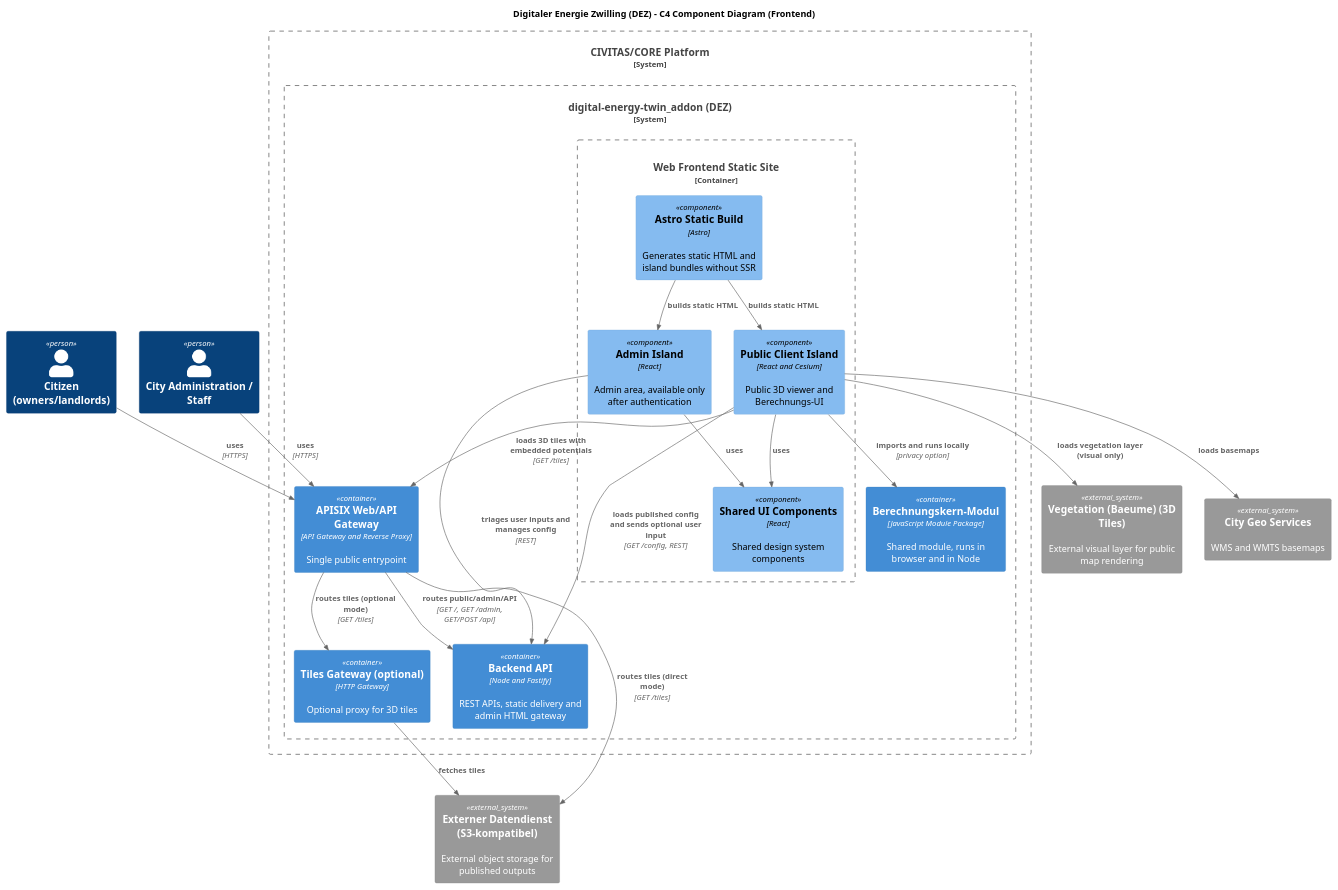
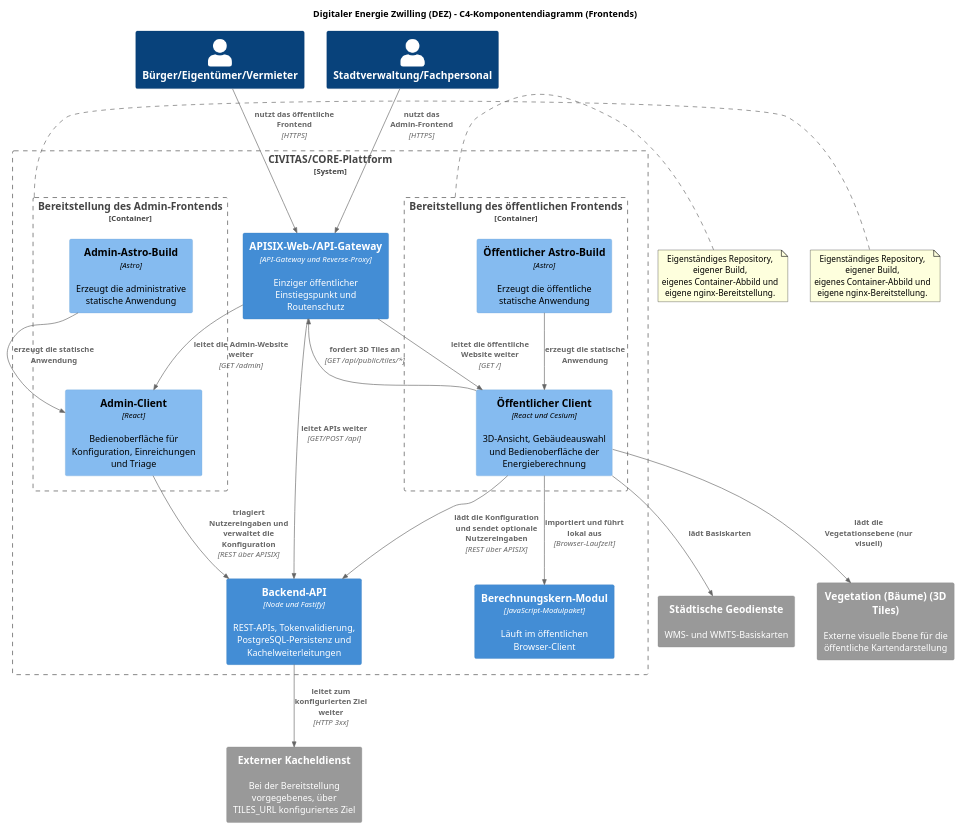
Before and after one commit to csi-FOXBYTE/Regensburg_DigitalerEnergieZwilling_Backend: the diagram in docs/architecture/raw/c4-components.puml, drawn with PlantUML. The commit also changed 61 other files, not shown here.

Commit message:
docs: update roadmap, update internal references

```diff
--- a/docs/architecture/raw/c4-components.puml
+++ b/docs/architecture/raw/c4-components.puml
@@ -1,51 +1,58 @@
 @startuml
 !includeurl https://raw.githubusercontent.com/plantuml-stdlib/C4-PlantUML/master/C4_Component.puml
+HIDE_STEREOTYPE()
 
-title Digitaler Energie Zwilling (DEZ) - C4 Component Diagram (Frontend)
+title Digitaler Energie Zwilling (DEZ) - C4-Komponentendiagramm (Frontends)
 
-Person(citizen, "Citizen (owners/landlords)")
-Person(admin, "City Administration / Staff")
+Person(citizen, "Bürger/Eigentümer/Vermieter")
+Person(admin, "Stadtverwaltung/Fachpersonal")
 
-System_Boundary(civitas, "CIVITAS/CORE Platform") {
-  System_Boundary(detAddon, "digital-energy-twin_addon (DEZ)") {
-    Container(gateway, "APISIX Web/API Gateway", "API Gateway and Reverse Proxy", "Single public entrypoint")
+System_Boundary(civitas, "CIVITAS/CORE-Plattform") {
+  Container(gateway, "APISIX-Web-/API-Gateway", "API-Gateway und Reverse-Proxy", "Einziger öffentlicher Einstiegspunkt und Routenschutz")
 
-    Container_Boundary(frontend, "Web Frontend Static Site", "Astro SSG") {
-      Component(astroSSG, "Astro Static Build", "Astro", "Generates static HTML and island bundles without SSR")
-      Component(publicIsland, "Public Client Island", "React and Cesium", "Public 3D viewer and Berechnungs-UI")
-      Component(adminIsland, "Admin Island", "React", "Admin area, available only after authentication")
-      Component(sharedUI, "Shared UI Components", "React", "Shared design system components")
-    }
+  Container_Boundary(frontendPublic, "Bereitstellung des öffentlichen Frontends", "Separates Repository mit Astro SSG + nginx") {
+    Component(publicBuild, "Öffentlicher Astro-Build", "Astro", "Erzeugt die öffentliche statische Anwendung")
+    Component(publicClient, "Öffentlicher Client", "React und Cesium", "3D-Ansicht, Gebäudeauswahl und Bedienoberfläche der Energieberechnung")
+  }
 
-    Container(backendApi, "Backend API", "Node and Fastify", "REST APIs, static delivery and admin HTML gateway")
-    Container(calcCore, "Berechnungskern-Modul", "JavaScript Module Package", "Shared module, runs in browser and in Node")
-    Container(tilesGateway, "Tiles Gateway (optional)", "HTTP Gateway", "Optional proxy for 3D tiles")
+  Container_Boundary(frontendAdmin, "Bereitstellung des Admin-Frontends", "Separates Repository mit Astro SSG + nginx") {
+    Component(adminBuild, "Admin-Astro-Build", "Astro", "Erzeugt die administrative statische Anwendung")
+    Component(adminClient, "Admin-Client", "React", "Bedienoberfläche für Konfiguration, Einreichungen und Triage")
   }
+
+  Container(backendApi, "Backend-API", "Node und Fastify", "REST-APIs, Tokenvalidierung, PostgreSQL-Persistenz und Kachelweiterleitungen")
+  Container(calcCore, "Berechnungskern-Modul", "JavaScript-Modulpaket", "Läuft im öffentlichen Browser-Client")
 }
 
-System_Ext(geo, "City Geo Services", "WMS and WMTS basemaps")
-System_Ext(staticTiles, "Externer Datendienst (S3-kompatibel)", "External object storage for published outputs")
-System_Ext(vegetation, "Vegetation (Baeume) (3D Tiles)", "External visual layer for public map rendering")
+System_Ext(geo, "Städtische Geodienste", "WMS- und WMTS-Basiskarten")
+System_Ext(staticTiles, "Externer Kacheldienst", "Bei der Bereitstellung vorgegebenes, über TILES_URL konfiguriertes Ziel")
+System_Ext(vegetation, "Vegetation (Bäume) (3D Tiles)", "Externe visuelle Ebene für die öffentliche Kartendarstellung")
 
-Rel(citizen, gateway, "uses", "HTTPS")
-Rel(admin, gateway, "uses", "HTTPS")
+Rel(citizen, gateway, "nutzt das öffentliche Frontend", "HTTPS")
+Rel(admin, gateway, "nutzt das Admin-Frontend", "HTTPS")
+Rel(gateway, publicClient, "leitet die öffentliche Website weiter", "GET /")
+Rel(gateway, adminClient, "leitet die Admin-Website weiter", "GET /admin")
+Rel(gateway, backendApi, "leitet APIs weiter", "GET/POST /api")
 
-Rel(gateway, backendApi, "routes public/admin/API", "GET /, GET /admin, GET/POST /api")
-Rel(gateway, tilesGateway, "routes tiles (optional mode)", "GET /tiles")
-Rel(gateway, staticTiles, "routes tiles (direct mode)", "GET /tiles")
+Rel(publicBuild, publicClient, "erzeugt die statische Anwendung")
+Rel(adminBuild, adminClient, "erzeugt die statische Anwendung")
 
-Rel(astroSSG, publicIsland, "builds static HTML")
-Rel(astroSSG, adminIsland, "builds static HTML")
-Rel(publicIsland, sharedUI, "uses")
-Rel(adminIsland, sharedUI, "uses")
+Rel(publicClient, gateway, "fordert 3D Tiles an", "GET /api/public/tiles/*")
+Rel(backendApi, staticTiles, "leitet zum konfigurierten Ziel weiter", "HTTP 3xx")
+Rel(publicClient, geo, "lädt Basiskarten")
+Rel(publicClient, vegetation, "lädt die Vegetationsebene (nur visuell)")
+Rel(publicClient, backendApi, "lädt die Konfiguration und sendet optionale Nutzereingaben", "REST über APISIX")
+Rel(adminClient, backendApi, "triagiert Nutzereingaben und verwaltet die Konfiguration", "REST über APISIX")
+Rel(publicClient, calcCore, "importiert und führt lokal aus", "Browser-Laufzeit")
 
-Rel(publicIsland, gateway, "loads 3D tiles with embedded potentials", "GET /tiles")
-Rel(tilesGateway, staticTiles, "fetches tiles")
-Rel(publicIsland, geo, "loads basemaps")
-Rel(publicIsland, vegetation, "loads vegetation layer (visual only)")
-Rel(publicIsland, backendApi, "loads published config and sends optional user input", "GET /config, REST")
-Rel(adminIsland, backendApi, "triages user inputs and manages config", "REST")
+note right of frontendPublic
+Eigenständiges Repository, eigener Build,
+eigenes Container-Abbild und eigene nginx-Bereitstellung.
+end note
 
-Rel(publicIsland, calcCore, "imports and runs locally", "privacy option")
+note right of frontendAdmin
+Eigenständiges Repository, eigener Build,
+eigenes Container-Abbild und eigene nginx-Bereitstellung.
+end note
 
 @enduml
```
